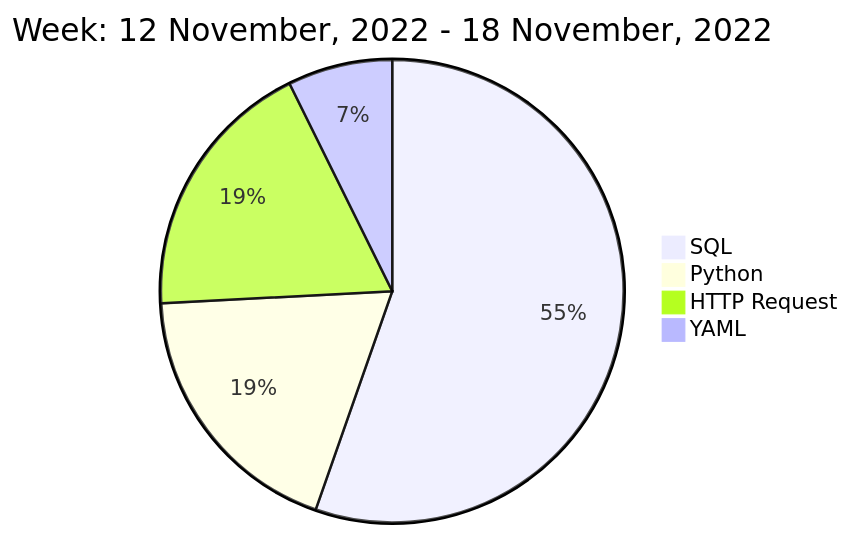
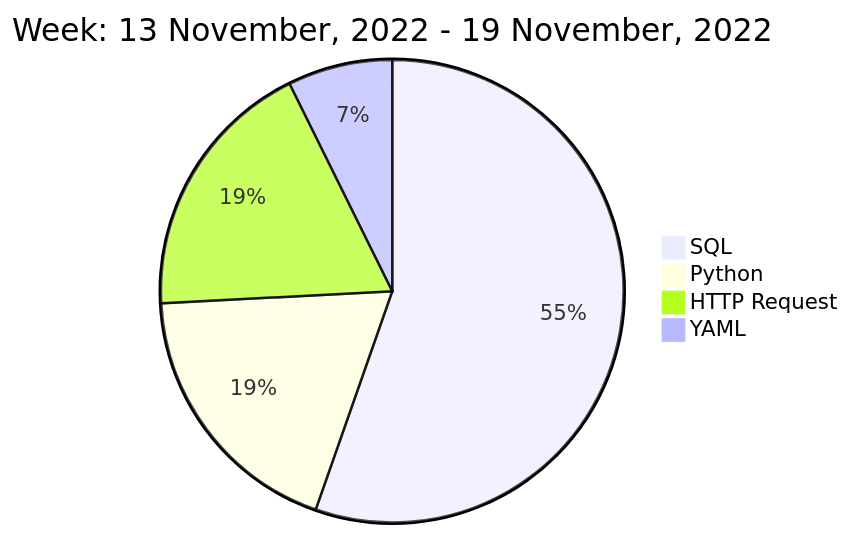
Before and after one commit to liubin95/liubin95: the diagram in README.md, drawn with Mermaid.

Commit message:
Updated the Graph with new Metrics

````diff
--- a/README.md
+++ b/README.md
@@ -40,8 +40,8 @@
 ```mermaid
  pie
-title Week: 12 November, 2022 - 18 November, 2022
+title Week: 13 November, 2022 - 19 November, 2022
  "SQL" : 5.83
  "Python" : 1.98
  "HTTP Request" : 1.95
  "YAML" : 0.77
 ```
````
